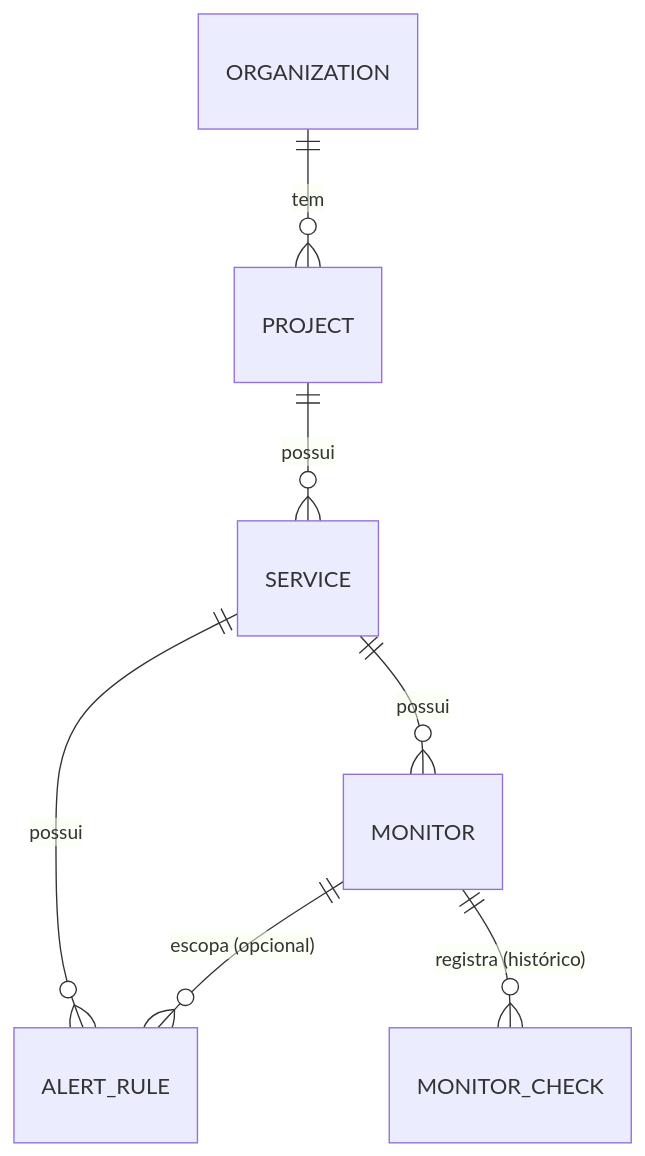
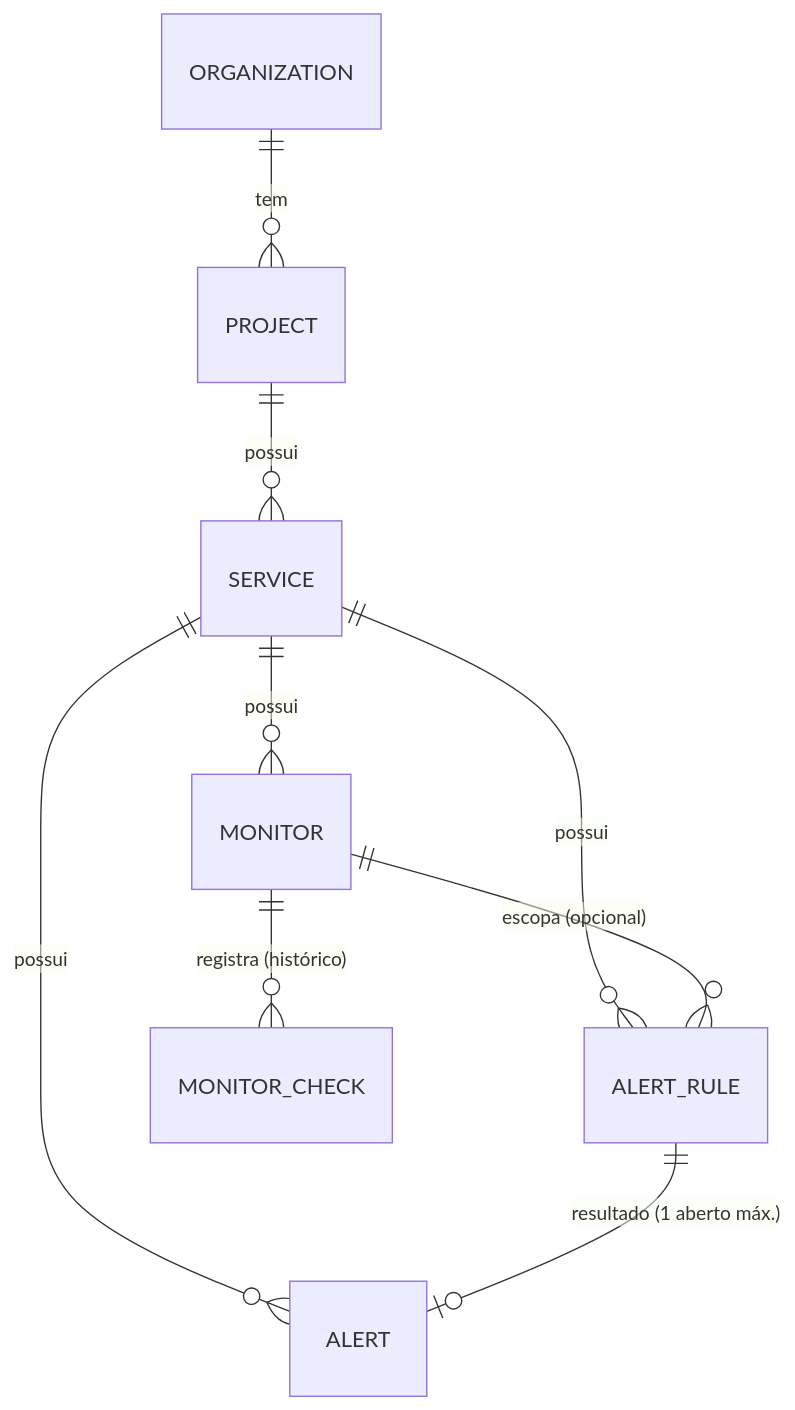
The second of 4 diagrams in docs/architecture-foundation.md (diegovieiradv/project-sentinel), drawn with Mermaid before and after one commit. The commit also changed other lines of this file and 58 other files, not shown here.

````diff
--- a/docs/architecture-foundation.md
+++ b/docs/architecture-foundation.md
@@ -63,9 +65,11 @@
 ```mermaid
 erDiagram
     ORGANIZATION ||--o{ PROJECT : "tem"
     PROJECT ||--o{ SERVICE : "possui"
     SERVICE ||--o{ MONITOR : "possui"
     SERVICE ||--o{ ALERT_RULE : "possui"
     MONITOR ||--o{ ALERT_RULE : "escopa (opcional)"
     MONITOR ||--o{ MONITOR_CHECK : "registra (histórico)"
+    SERVICE ||--o{ ALERT : "possui"
+    ALERT_RULE ||--o| ALERT : "resultado (1 aberto máx.)"
 ```
````
